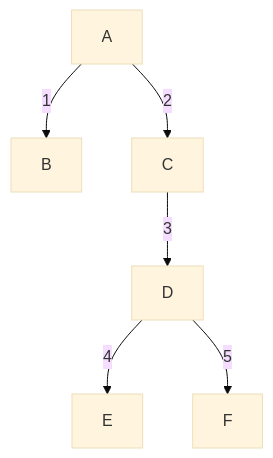
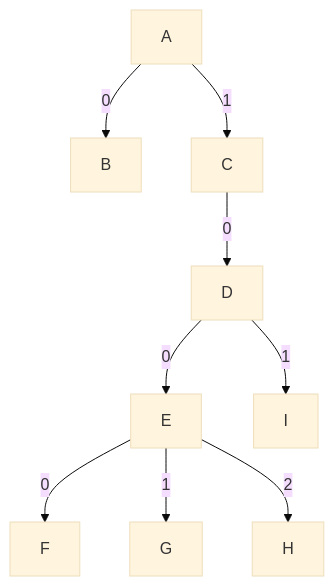
One commit to microsoft/FluidFramework changed the ninth of 23 diagrams in packages/dds/tree/docs/wip/treeStorage.md. Above: the diagram before and after it, drawn with Mermaid (base theme). The commit also changed other lines of this file, not shown here.

````diff
--- a/packages/dds/tree/docs/wip/treeStorage.md
+++ b/packages/dds/tree/docs/wip/treeStorage.md
@@ -252,6 +260,9 @@
 ```mermaid
 graph TD;
-    A--1-->B;
-    A--2-->C--3-->D--4-->E;
-    D--5-->F;
+    A--0-->B;
+    A--1-->C--0-->D--0-->E;
+    D--1-->I;
+    E--0-->F;
+    E--1-->G;
+    E--2-->H;
 ```
````
